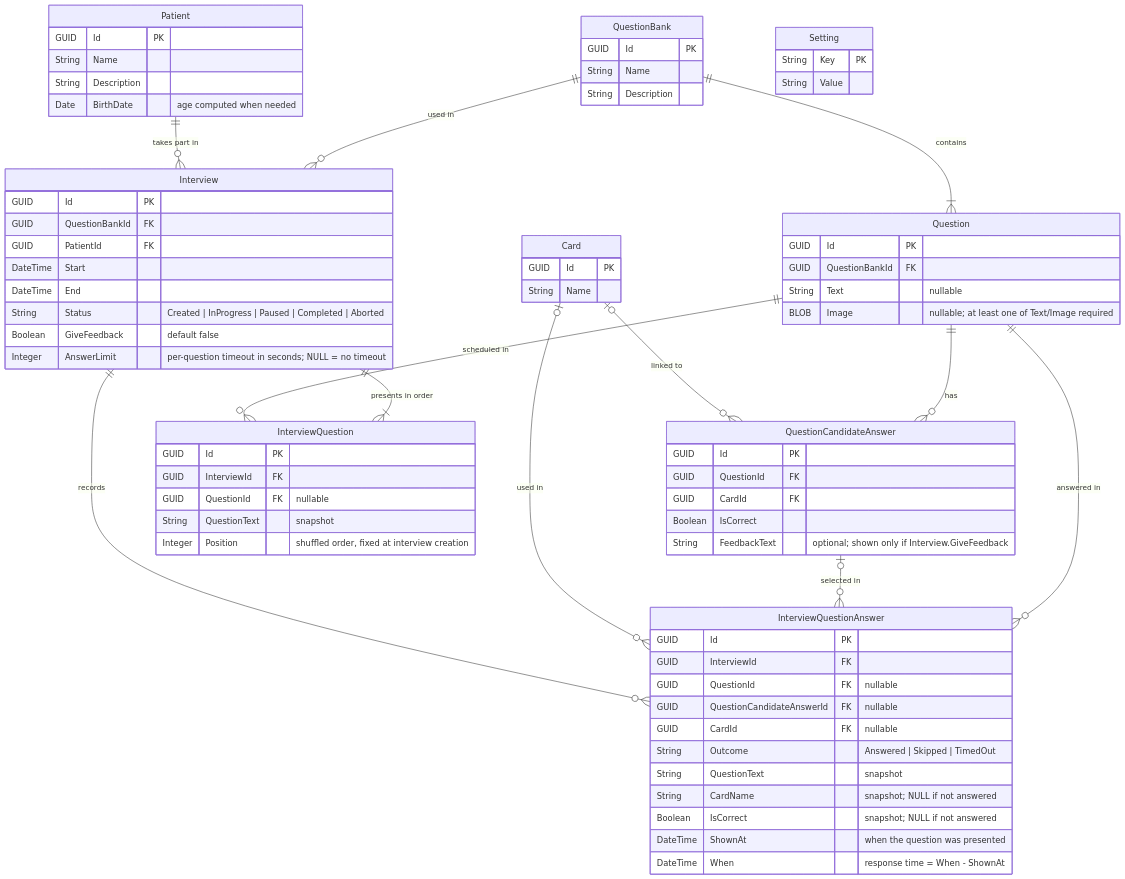
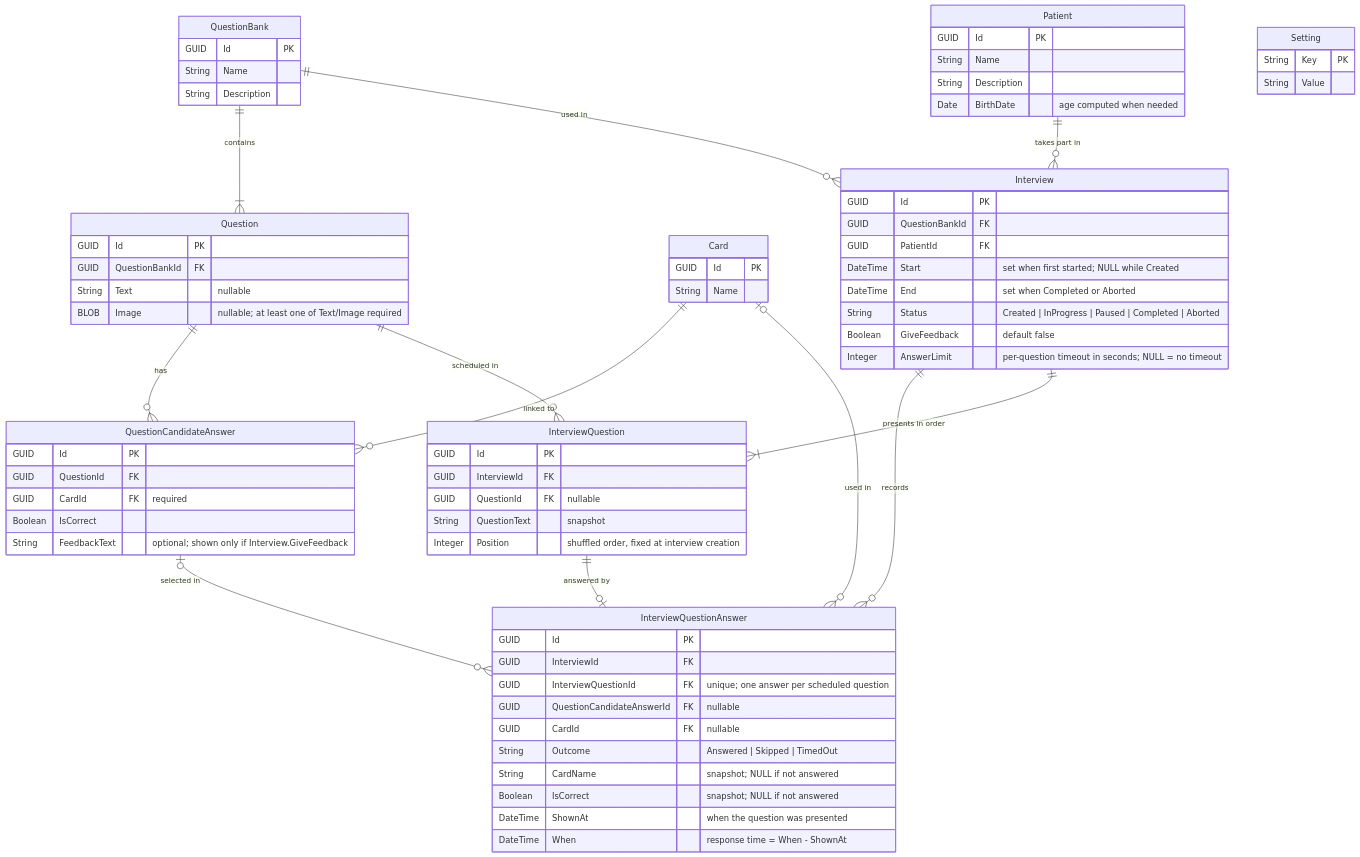
Before and after one commit to Bistraw/aguiar: the diagram in docs/spec.md, drawn with Mermaid. The commit also changed other lines of this file, not shown here.

````diff
--- a/docs/spec.md
+++ b/docs/spec.md
@@ -92,78 +103,77 @@
 ```mermaid
 erDiagram
     QuestionBank {
         GUID Id PK
         String Name
         String Description
     }
     Question {
         GUID Id PK
         GUID QuestionBankId FK
         String Text "nullable"
         BLOB Image "nullable; at least one of Text/Image required"
     }
     QuestionCandidateAnswer {
         GUID Id PK
         GUID QuestionId FK
-        GUID CardId FK
+        GUID CardId FK "required"
         Boolean IsCorrect
         String FeedbackText "optional; shown only if Interview.GiveFeedback"
     }
     Card {
         GUID Id PK
         String Name
     }
     Patient {
         GUID Id PK
         String Name
         String Description
         Date BirthDate "age computed when needed"
     }
     Interview {
         GUID Id PK
         GUID QuestionBankId FK
         GUID PatientId FK
-        DateTime Start
-        DateTime End
+        DateTime Start "set when first started; NULL while Created"
+        DateTime End "set when Completed or Aborted"
         String Status "Created | InProgress | Paused | Completed | Aborted"
         Boolean GiveFeedback "default false"
         Integer AnswerLimit "per-question timeout in seconds; NULL = no timeout"
     }
     InterviewQuestion {
         GUID Id PK
         GUID InterviewId FK
         GUID QuestionId FK "nullable"
         String QuestionText "snapshot"
         Integer Position "shuffled order, fixed at interview creation"
     }
     InterviewQuestionAnswer {
         GUID Id PK
         GUID InterviewId FK
-        GUID QuestionId FK "nullable"
+        GUID InterviewQuestionId FK "unique; one answer per scheduled question"
         GUID QuestionCandidateAnswerId FK "nullable"
         GUID CardId FK "nullable"
         String Outcome "Answered | Skipped | TimedOut"
-        String QuestionText "snapshot"
         String CardName "snapshot; NULL if not answered"
         Boolean IsCorrect "snapshot; NULL if not answered"
         DateTime ShownAt "when the question was presented"
         DateTime When "response time = When - ShownAt"
     }
 
     Setting {
         String Key PK
         String Value
     }
 
     QuestionBank ||--|{ Question : contains
     QuestionBank ||--o{ Interview : "used in"
     Question ||--o{ QuestionCandidateAnswer : has
-    Question ||--o{ InterviewQuestionAnswer : "answered in"
-    Card |o--o{ QuestionCandidateAnswer : "linked to"
+    Card ||--o{ QuestionCandidateAnswer : "linked to"
     QuestionCandidateAnswer |o--o{ InterviewQuestionAnswer : "selected in"
     Card |o--o{ InterviewQuestionAnswer : "used in"
     Patient ||--o{ Interview : "takes part in"
     Interview ||--o{ InterviewQuestionAnswer : records
     Interview ||--|{ InterviewQuestion : "presents in order"
     Question ||--o{ InterviewQuestion : "scheduled in"
+    InterviewQuestion ||--o| InterviewQuestionAnswer : "answered by"
 ```
````
